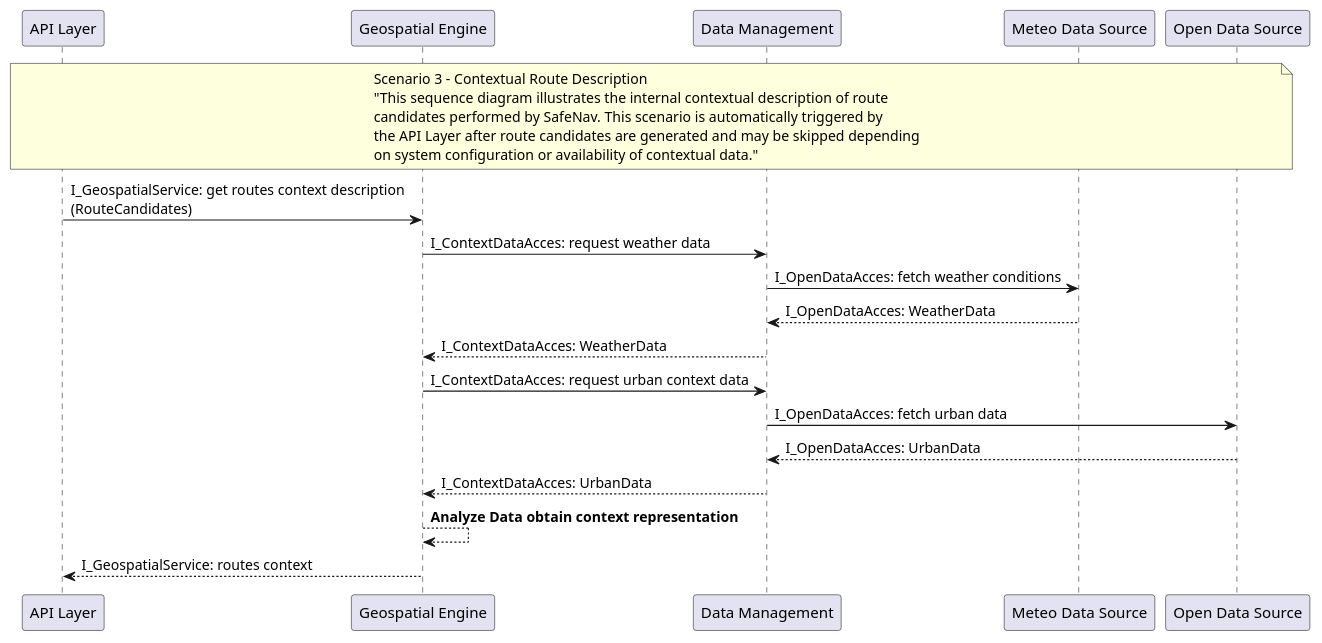
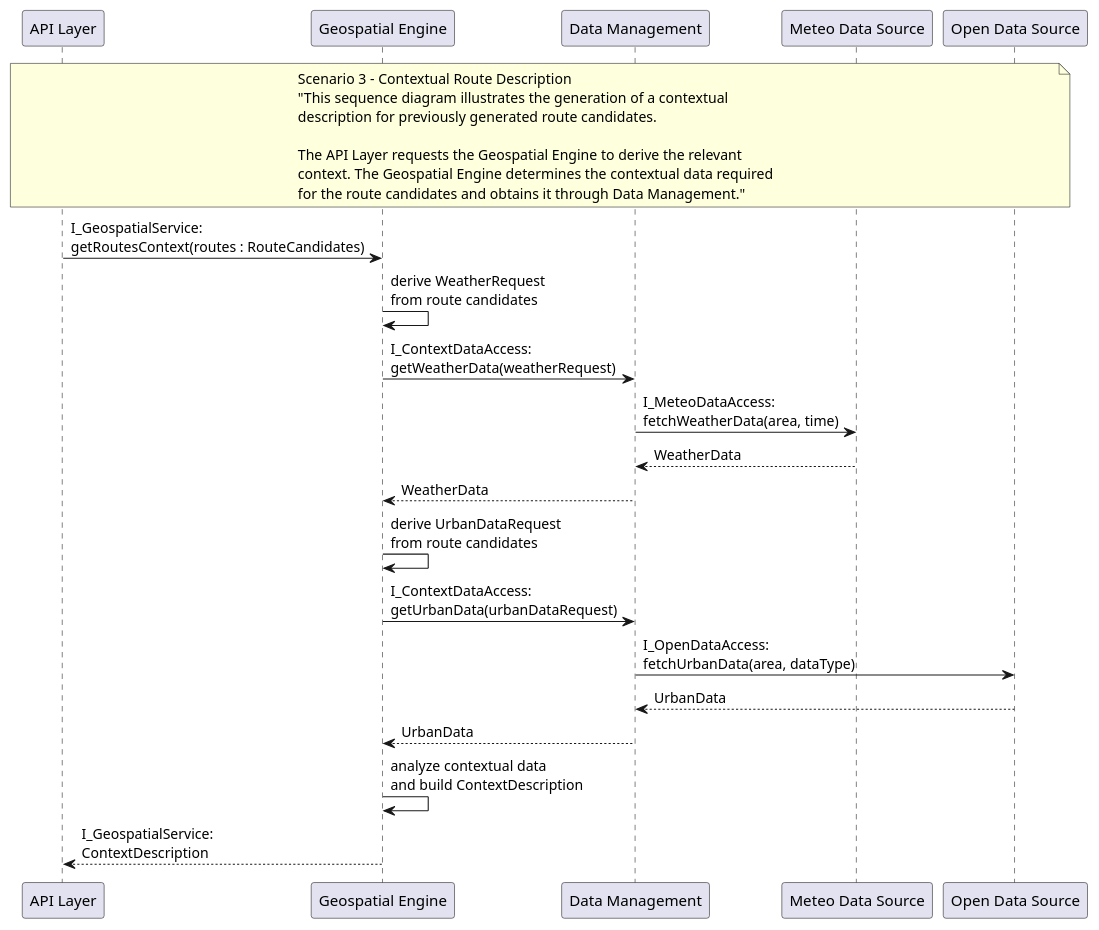
Before and after one commit to RodrigoIglesia/SafeNav: the diagram in docs/uml/system/logical_scenario3_contextual_route_description.puml, drawn with PlantUML. The commit also changed 23 other files, not shown here.

Commit message:
scenario 3 - weather and urban context implemented, pending to correct external fetching

```diff
--- a/docs/uml/system/logical_scenario3_contextual_route_description.puml
+++ b/docs/uml/system/logical_scenario3_contextual_route_description.puml
@@ -1,32 +1,38 @@
 @startuml
 note across
 Scenario 3 – Contextual Route Description
-"This sequence diagram illustrates the internal contextual description of route
-candidates performed by SafeNav. This scenario is automatically triggered by
-the API Layer after route candidates are generated and may be skipped depending
-on system configuration or availability of contextual data."
+"This sequence diagram illustrates the generation of a contextual
+description for previously generated route candidates.
+
+The API Layer requests the Geospatial Engine to derive the relevant
+context. The Geospatial Engine determines the contextual data required
+for the route candidates and obtains it through Data Management."
 end note
 
 participant "API Layer" as API
 participant "Geospatial Engine" as GE
 participant "Data Management" as DM
 participant "Meteo Data Source" as Meteo
 participant "Open Data Source" as OpenData
 
-API -> GE : I_GeospatialService: get routes context description\n(RouteCandidates)
+API -> GE : I_GeospatialService:\ngetRoutesContext(routes : RouteCandidates)
 
-GE -> DM : I_ContextDataAcces: request weather data
-DM -> Meteo : I_OpenDataAcces: fetch weather conditions
-Meteo --> DM : I_OpenDataAcces: WeatherData
-DM --> GE : I_ContextDataAcces: WeatherData
+GE -> GE : derive WeatherRequest\nfrom route candidates
 
-GE -> DM : I_ContextDataAcces: request urban context data
-DM -> OpenData : I_OpenDataAcces: fetch urban data
-OpenData --> DM : I_OpenDataAcces: UrbanData
-DM --> GE : I_ContextDataAcces: UrbanData
+GE -> DM : I_ContextDataAccess:\ngetWeatherData(weatherRequest)
+DM -> Meteo : I_MeteoDataAccess:\nfetchWeatherData(area, time)
+Meteo --> DM : WeatherData
+DM --> GE : WeatherData
 
-GE --> GE : **Analyze Data obtain context representation**
+GE -> GE : derive UrbanDataRequest\nfrom route candidates
 
-GE --> API : I_GeospatialService: routes context
+GE -> DM : I_ContextDataAccess:\ngetUrbanData(urbanDataRequest)
+DM -> OpenData : I_OpenDataAccess:\nfetchUrbanData(area, dataType)
+OpenData --> DM : UrbanData
+DM --> GE : UrbanData
+
+GE -> GE : analyze contextual data\nand build ContextDescription
+
+GE --> API : I_GeospatialService:\nContextDescription
 
 @enduml
```
